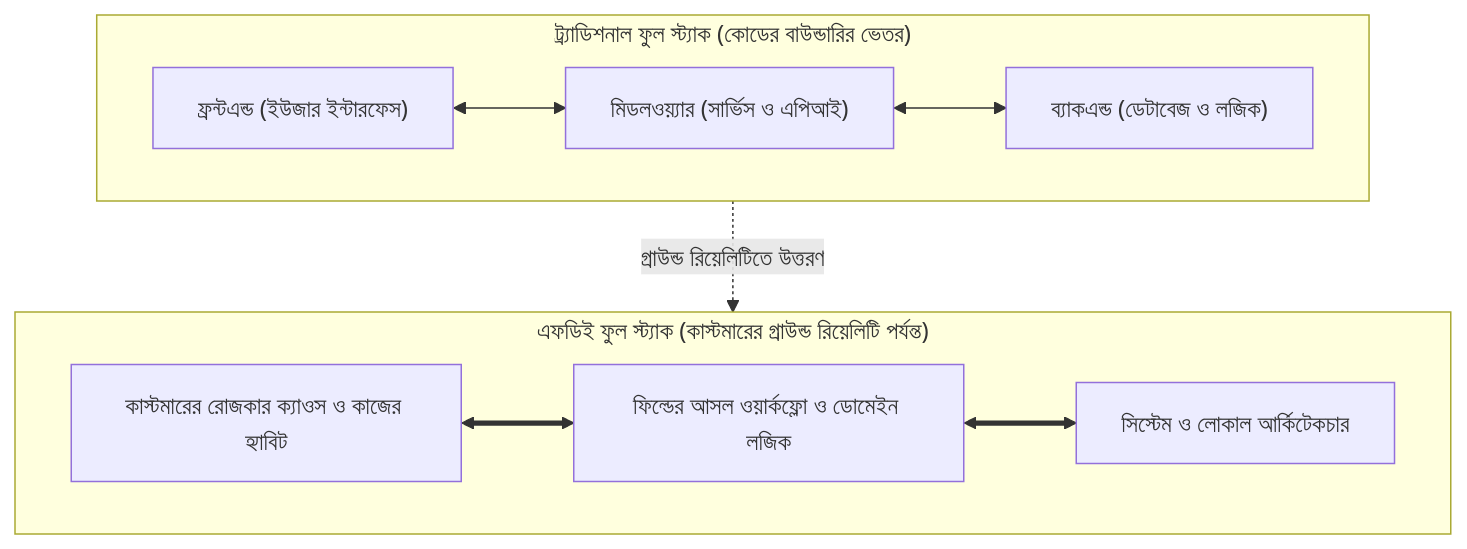
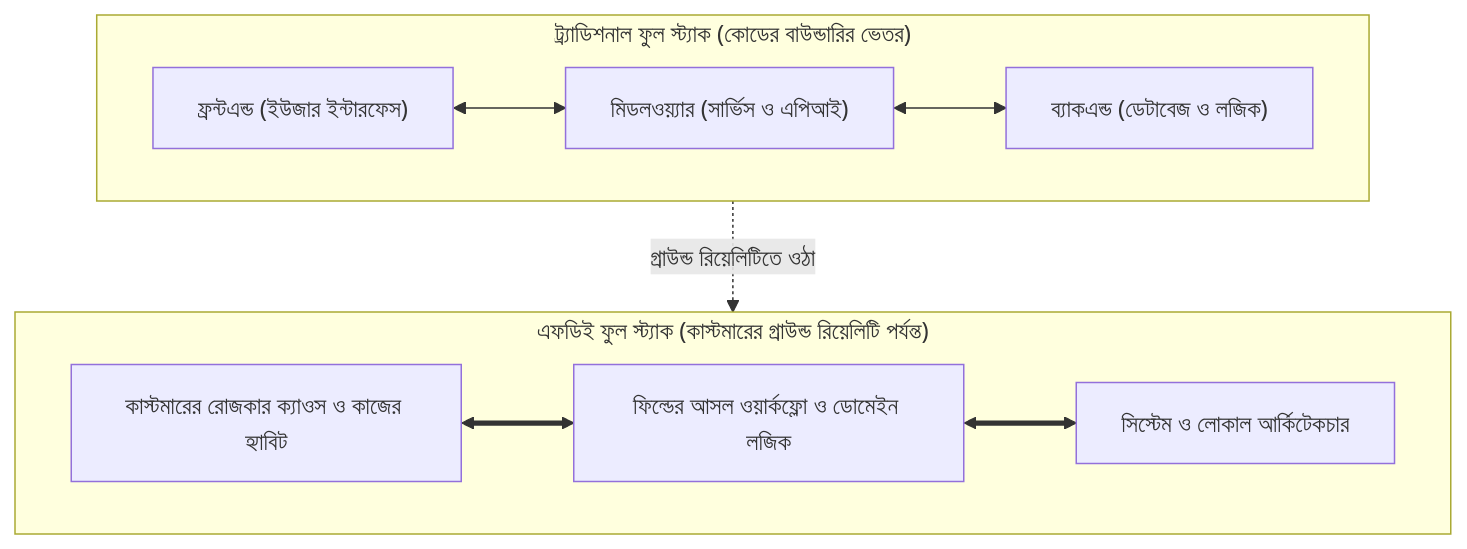
The diagram in docs/intro/index.md (aiwithr/fde_book), drawn with Mermaid before and after one commit. The commit also changed other lines of this file and 2 other files, not shown here.

````diff
--- a/docs/intro/index.md
+++ b/docs/intro/index.md
@@ -88,14 +101,14 @@
 ```mermaid
 flowchart TD
     subgraph Traditional["ট্র্যাডিশনাল ফুল স্ট্যাক (কোডের বাউন্ডারির ভেতর)"]
         direction LR
         T1["ফ্রন্টএন্ড (ইউজার ইন্টারফেস)"] <--> T2["মিডলওয়্যার (সার্ভিস ও এপিআই)"] <--> T3["ব্যাকএন্ড (ডেটাবেজ ও লজিক)"]
     end
 
     subgraph FDE["এফডিই ফুল স্ট্যাক (কাস্টমারের গ্রাউন্ড রিয়েলিটি পর্যন্ত)"]
         direction LR
         F1["কাস্টমারের রোজকার ক্যাওস ও কাজের হ্যাবিট"] <==> F2["ফিল্ডের আসল ওয়ার্কফ্লো ও ডোমেইন লজিক"] <==> F3["সিস্টেম ও লোকাল আর্কিটেকচার"]
     end
 
-    Traditional -.->|"গ্রাউন্ড রিয়েলিটিতে উত্তরণ"| FDE
+    Traditional -.->|"গ্রাউন্ড রিয়েলিটিতে ওঠা"| FDE
 ```
````
